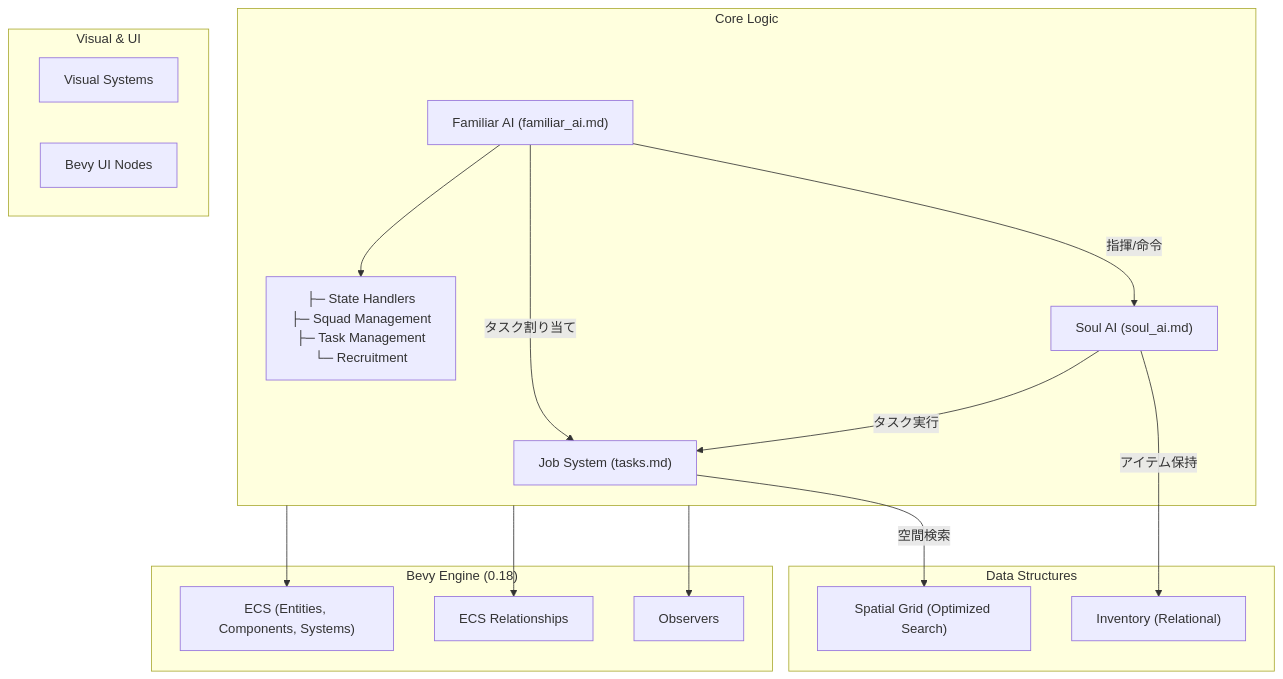
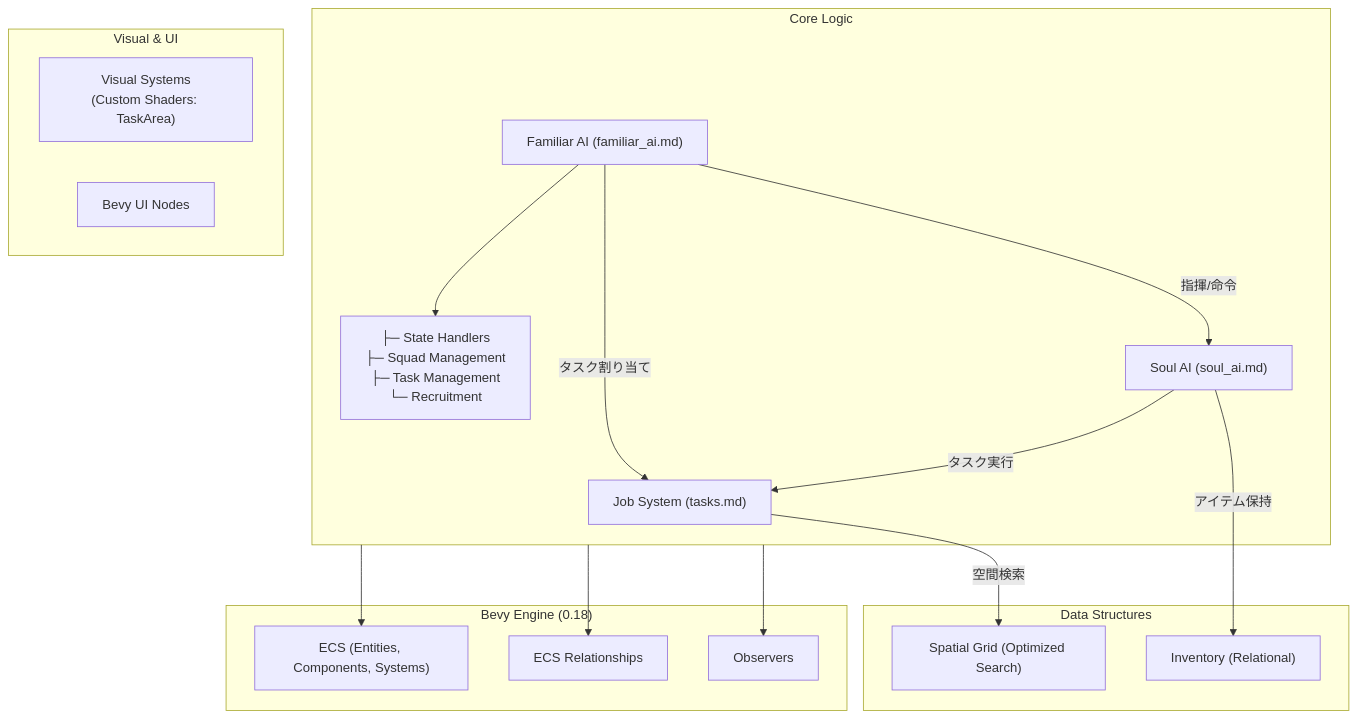
Before and after one commit to iaammssssstupiddddd-commits/hell-workers: the diagram in docs/architecture.md, drawn with Mermaid. The commit also changed 35 other files, not shown here.

````diff
--- a/docs/architecture.md
+++ b/docs/architecture.md
@@ -7,39 +7,39 @@
 ```mermaid
 graph TD
     subgraph Engine["Bevy Engine (0.18)"]
         ECS["ECS (Entities, Components, Systems)"]
         Rel["ECS Relationships"]
         Obs["Observers"]
     end
 
     subgraph Core["Core Logic"]
         Jobs["Job System (tasks.md)"]
         F_AI["Familiar AI (familiar_ai.md)"]
         F_AI_Sub["├─ State Handlers<br/>├─ Squad Management<br/>├─ Task Management<br/>└─ Recruitment"]
         S_AI["Soul AI (soul_ai.md)"]
     end
     
     F_AI --> F_AI_Sub
 
     subgraph Data["Data Structures"]
         Grid["Spatial Grid (Optimized Search)"]
         Inventory["Inventory (Relational)"]
     end
 
     subgraph View["Visual & UI"]
-        Visual["Visual Systems"]
+        Visual["Visual Systems<br/>(Custom Shaders: TaskArea)"]
         UI["Bevy UI Nodes"]
     end
 
     %% Relationships
     F_AI -->|指揮/命令| S_AI
     F_AI -->|タスク割り当て| Jobs
     S_AI -->|タスク実行| Jobs
     Jobs -->|空間検索| Grid
     S_AI -->|アイテム保持| Inventory
     
     %% Engine Integration
     Core --> ECS
     Core --> Rel
     Core --> Obs
 ```
````
